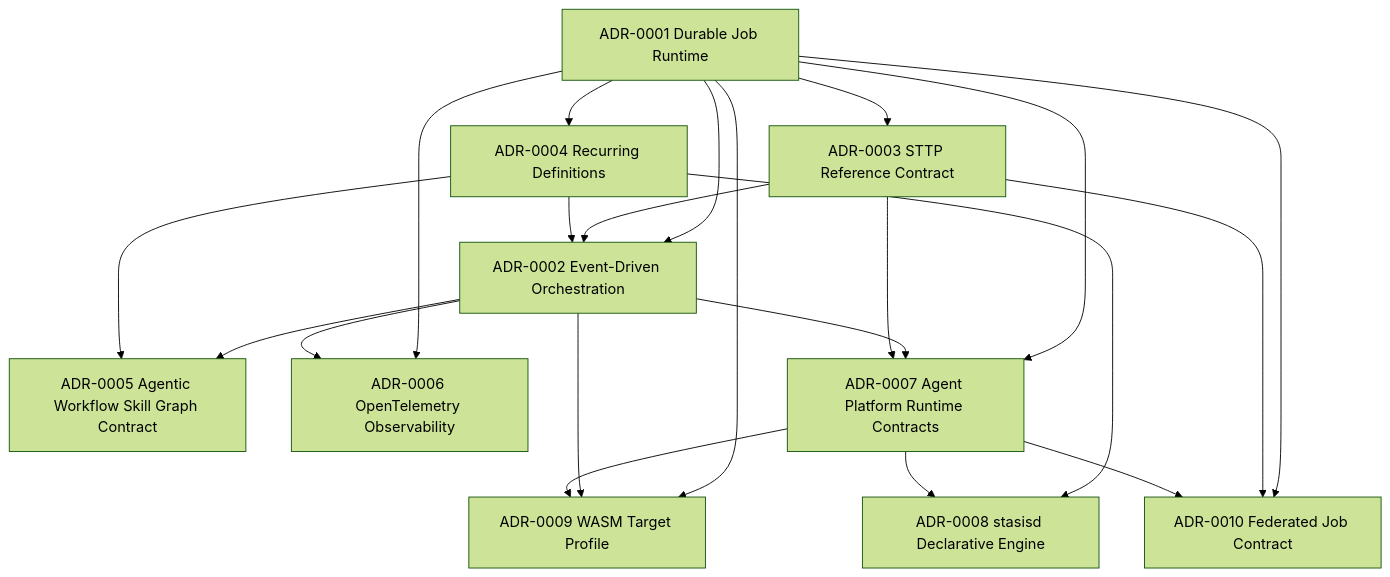
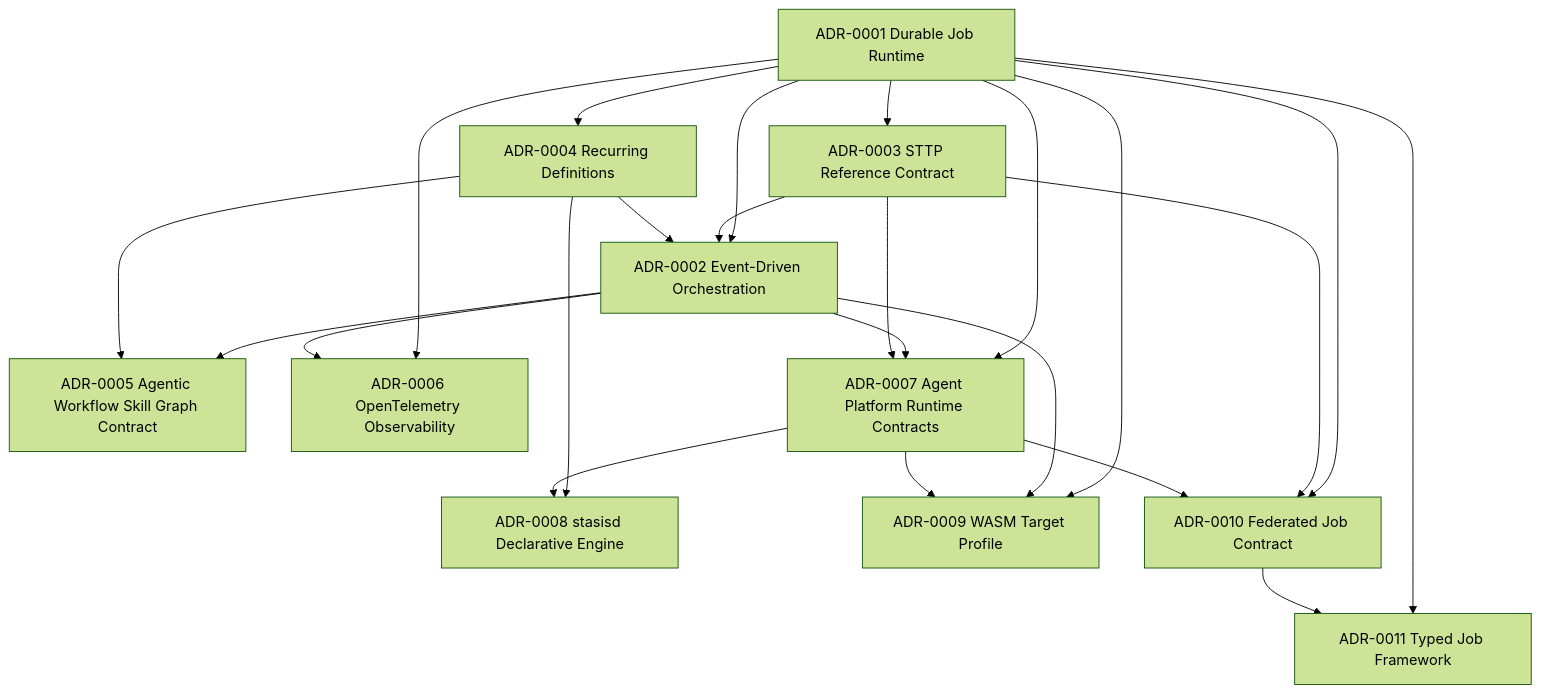
One commit to EntasisLabs/stasis changed the diagram in docs-book/src/adr.md. Above: the diagram before and after it, drawn with Mermaid (forest theme). The commit also changed other lines of this file and 24 other files, not shown here.

````diff
--- a/docs-book/src/adr.md
+++ b/docs-book/src/adr.md
@@ -42,23 +45,25 @@
 ```mermaid
 flowchart TD
   A1[ADR-0001 Durable Job Runtime] --> A2[ADR-0002 Event-Driven Orchestration]
   A1 --> A3[ADR-0003 STTP Reference Contract]
   A1 --> A4[ADR-0004 Recurring Definitions]
   A2 --> A5[ADR-0005 Agentic Workflow Skill Graph Contract]
   A4 --> A5
   A3 --> A2
   A4 --> A2
   A1 --> A6[ADR-0006 OpenTelemetry Observability]
   A2 --> A6
   A1 --> A7[ADR-0007 Agent Platform Runtime Contracts]
   A2 --> A7
   A3 --> A7
   A4 --> A8[ADR-0008 stasisd Declarative Engine]
   A7 --> A8
   A1 --> A9[ADR-0009 WASM Target Profile]
   A2 --> A9
   A7 --> A9
   A1 --> A10[ADR-0010 Federated Job Contract]
   A3 --> A10
   A7 --> A10
+  A1 --> A11[ADR-0011 Typed Job Framework]
+  A10 --> A11
 ```
````
